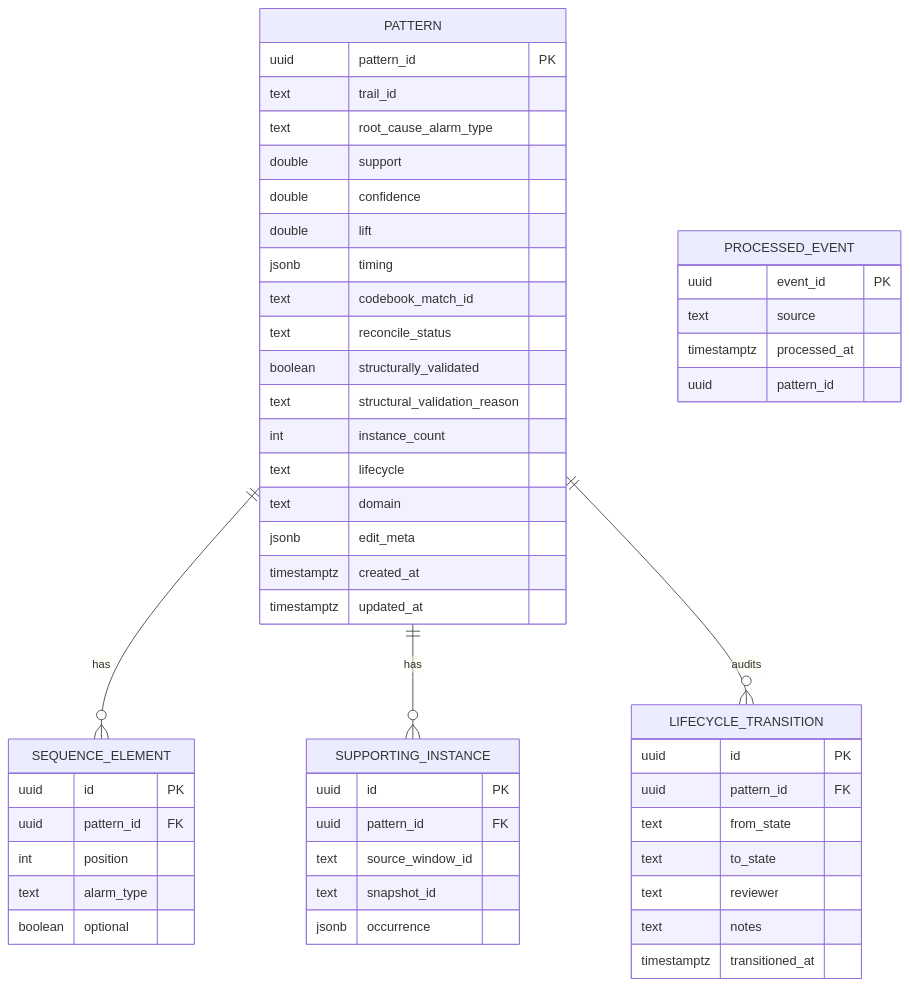
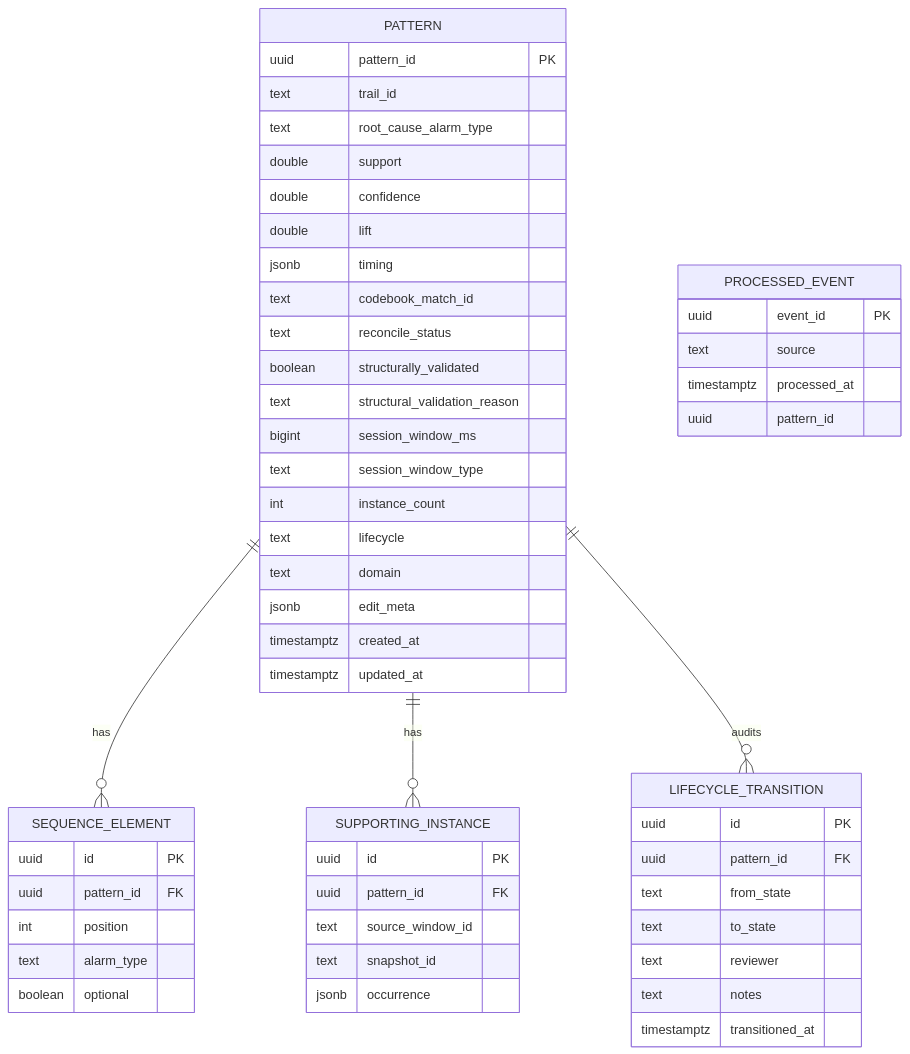
One commit to nikhilmohan/correlation-platform changed the second of 9 diagrams in services/pattern-manager/design.md. Above: the diagram before and after it, drawn with Mermaid. The commit also changed other lines of this file, not shown here.

First line of the commit message:
design(pattern-manager): derive, populate, persist and serve sessionWindow

````diff
--- a/services/pattern-manager/design.md
+++ b/services/pattern-manager/design.md
@@ -174,54 +216,56 @@
 ```mermaid
 erDiagram
   PATTERN ||--o{ SEQUENCE_ELEMENT : has
   PATTERN ||--o{ SUPPORTING_INSTANCE : has
   PATTERN ||--o{ LIFECYCLE_TRANSITION : audits
   PROCESSED_EVENT {
     uuid event_id PK
     text source
     timestamptz processed_at
     uuid pattern_id
   }
   PATTERN {
     uuid pattern_id PK
     text trail_id
     text root_cause_alarm_type
     double support
     double confidence
     double lift
     jsonb timing
     text codebook_match_id
     text reconcile_status
     boolean structurally_validated
     text structural_validation_reason
+    bigint session_window_ms
+    text session_window_type
     int instance_count
     text lifecycle
     text domain
     jsonb edit_meta
     timestamptz created_at
     timestamptz updated_at
   }
   SEQUENCE_ELEMENT {
     uuid id PK
     uuid pattern_id FK
     int position
     text alarm_type
     boolean optional
   }
   SUPPORTING_INSTANCE {
     uuid id PK
     uuid pattern_id FK
     text source_window_id
     text snapshot_id
     jsonb occurrence
   }
   LIFECYCLE_TRANSITION {
     uuid id PK
     uuid pattern_id FK
     text from_state
     text to_state
     text reviewer
     text notes
     timestamptz transitioned_at
   }
 ```
````
